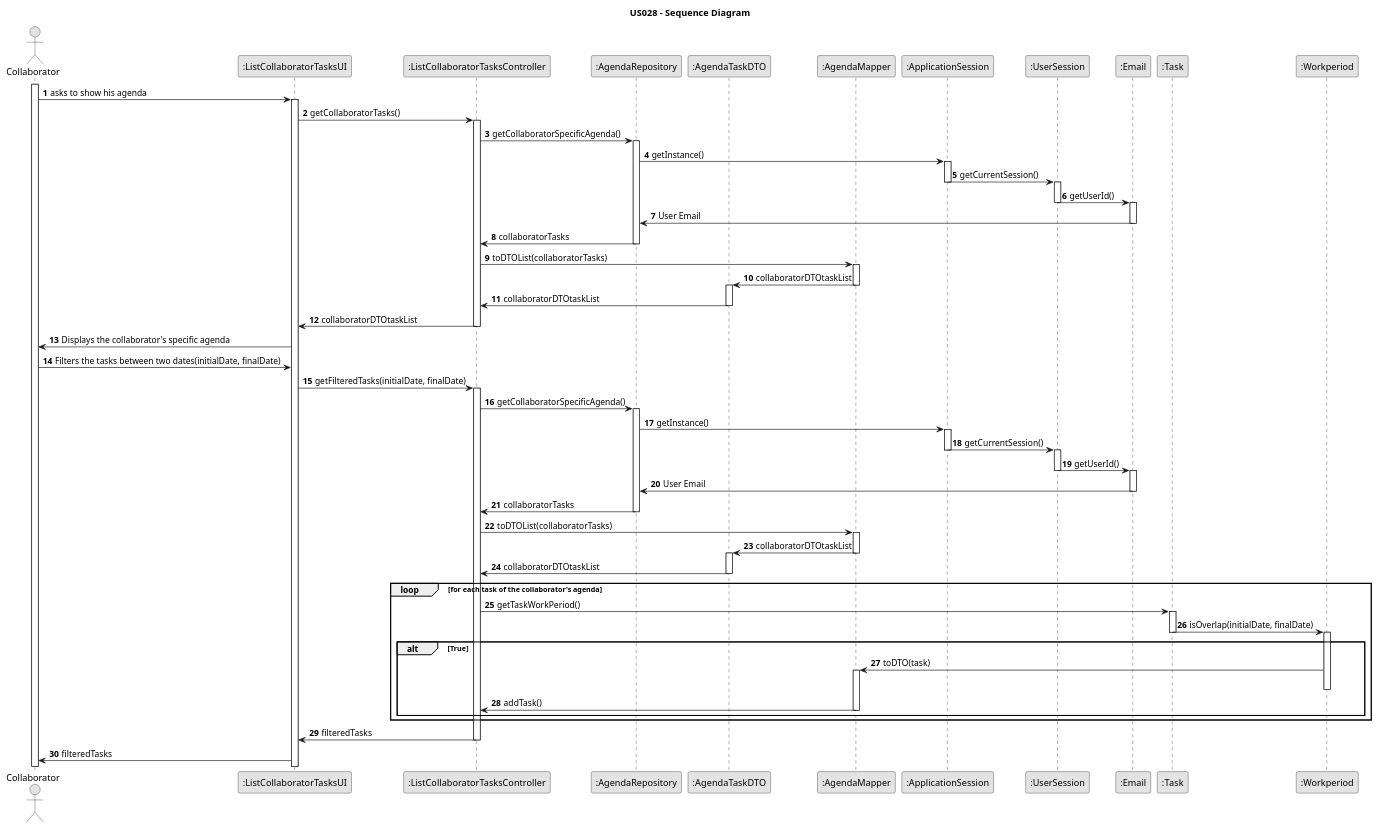
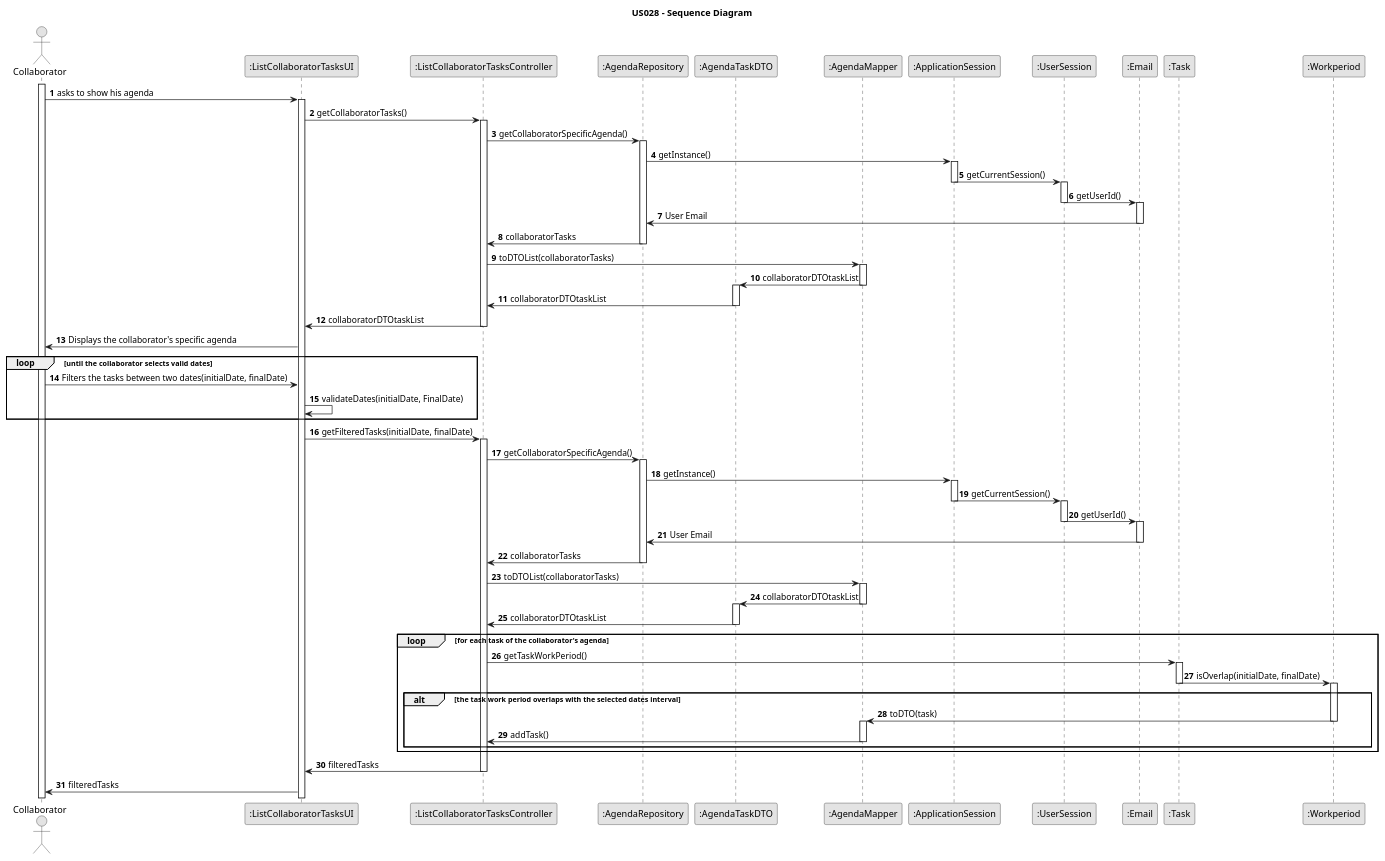
One commit to Rui-San/LAPR2_2023_2024 changed the diagram in docs/sprintC/us028/03.design/puml/us028-sequence-diagram.puml. Above: the diagram before and after it, drawn with PlantUML. The commit also changed 1 other file, not shown here.

Commit message:
US28 & US29 Sequence Diagrams

```diff
--- a/docs/sprintC/us028/03.design/puml/us028-sequence-diagram.puml
+++ b/docs/sprintC/us028/03.design/puml/us028-sequence-diagram.puml
@@ -1,112 +1,115 @@
 @startuml
 skinparam monochrome true
 skinparam packageStyle rectangle
 skinparam shadowing false
 
 title US028 - Sequence Diagram
 
 autonumber
 
 actor "Collaborator" as Collaborator
 participant ":ListCollaboratorTasksUI" as UI
 participant ":ListCollaboratorTasksController" as CTRL
 participant ":AgendaRepository" as REPO
 participant ":AgendaTaskDTO" as DTO
 participant ":AgendaMapper" as Mapper
 participant ":ApplicationSession" as AS
 participant ":UserSession" as US
 participant ":Email" as Email
 participant ":Task" as Task
 participant ":Workperiod" as Workperiod
 
 activate Collaborator
 
     Collaborator -> UI :asks to show his agenda
     activate UI
     UI -> CTRL :getCollaboratorTasks()
     activate CTRL
     CTRL -> REPO:getCollaboratorSpecificAgenda()
     activate REPO
     REPO -> AS:getInstance()
     activate AS
 
     AS -> US:getCurrentSession()
     deactivate AS
     activate US
     US -> Email:getUserId()
     deactivate US
     activate Email
     Email -> REPO:User Email
     deactivate Email
 
     REPO -> CTRL: collaboratorTasks
     deactivate REPO
     CTRL -> Mapper: toDTOList(collaboratorTasks)
 
     activate Mapper
     Mapper -> DTO: collaboratorDTOtaskList
     deactivate Mapper
 
     activate DTO
     DTO -> CTRL: collaboratorDTOtaskList
     deactivate DTO
     CTRL -> UI: collaboratorDTOtaskList
 
 
     deactivate CTRL
     UI -> Collaborator: Displays the collaborator's specific agenda
 
+    loop until the collaborator selects valid dates
     Collaborator -> UI: Filters the tasks between two dates(initialDate, finalDate)
+    UI -> UI: validateDates(initialDate, FinalDate)
+    end loop
 
     UI -> CTRL : getFilteredTasks(initialDate, finalDate)
 
 
 
     activate CTRL
         CTRL -> REPO:getCollaboratorSpecificAgenda()
         activate REPO
         REPO -> AS:getInstance()
         activate AS
 
         AS -> US:getCurrentSession()
         deactivate AS
         activate US
         US -> Email:getUserId()
         deactivate US
         activate Email
         Email -> REPO:User Email
         deactivate Email
 
         REPO -> CTRL: collaboratorTasks
         deactivate REPO
         CTRL -> Mapper: toDTOList(collaboratorTasks)
 
         activate Mapper
         Mapper -> DTO: collaboratorDTOtaskList
         deactivate Mapper
 
         activate DTO
         DTO -> CTRL: collaboratorDTOtaskList
         deactivate DTO
         loop for each task of the collaborator's agenda
 
 
         CTRL -> Task: getTaskWorkPeriod()
         activate Task
         Task -> Workperiod: isOverlap(initialDate, finalDate)
         deactivate Task
-        alt True
+        alt the task work period overlaps with the selected dates interval
         activate Workperiod
         Workperiod -> Mapper: toDTO(task)
+        deactivate Workperiod
         activate Mapper
-        deactivate Workperiod
         Mapper -> CTRL: addTask()
         deactivate Mapper
         end
         end loop
         CTRL -> UI: filteredTasks
         deactivate CTRL
         UI -> Collaborator: filteredTasks
 
 
 @enduml
```
